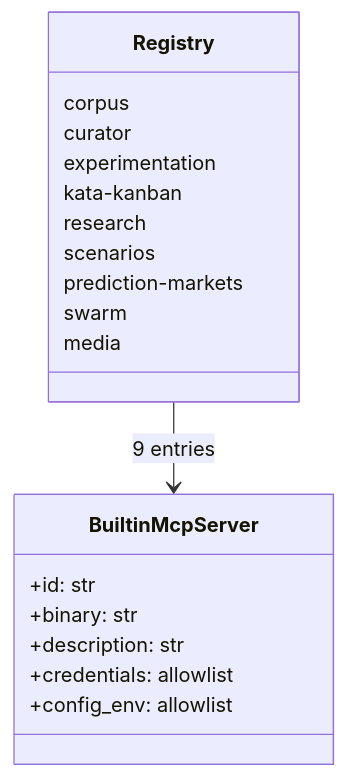
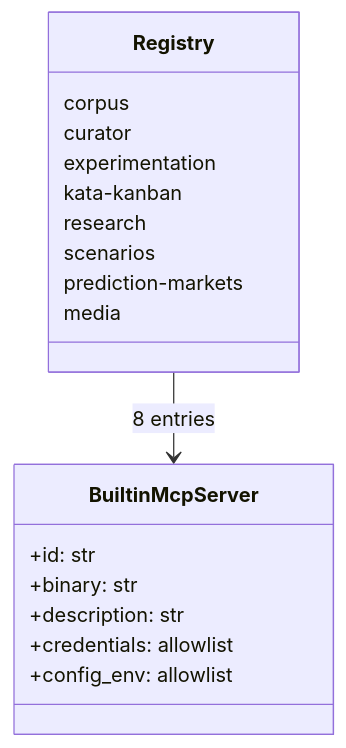
The second of 3 diagrams in kask/docs/diataxis/kask_bridge/reference.md (mdz-axo/zed-kask), drawn with Mermaid before and after one commit. The commit also changed other lines of this file and 25 other files, not shown here.

````diff
--- a/kask/docs/diataxis/kask_bridge/reference.md
+++ b/kask/docs/diataxis/kask_bridge/reference.md
@@ -128,22 +121,21 @@
 ```mermaid
 classDiagram
     class BuiltinMcpServer {
         +id: str
         +binary: str
         +description: str
         +credentials: allowlist
         +config_env: allowlist
     }
     class Registry {
         corpus
         curator
         experimentation
         kata-kanban
         research
         scenarios
         prediction-markets
-        swarm
         media
     }
-    Registry --> BuiltinMcpServer : 9 entries
+    Registry --> BuiltinMcpServer : 8 entries
 ```
````
